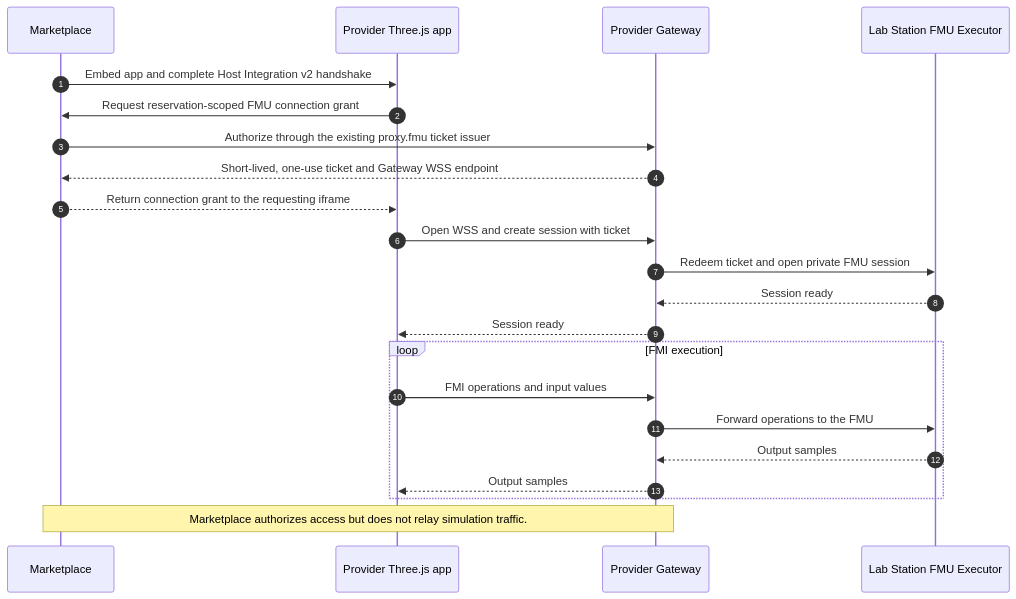
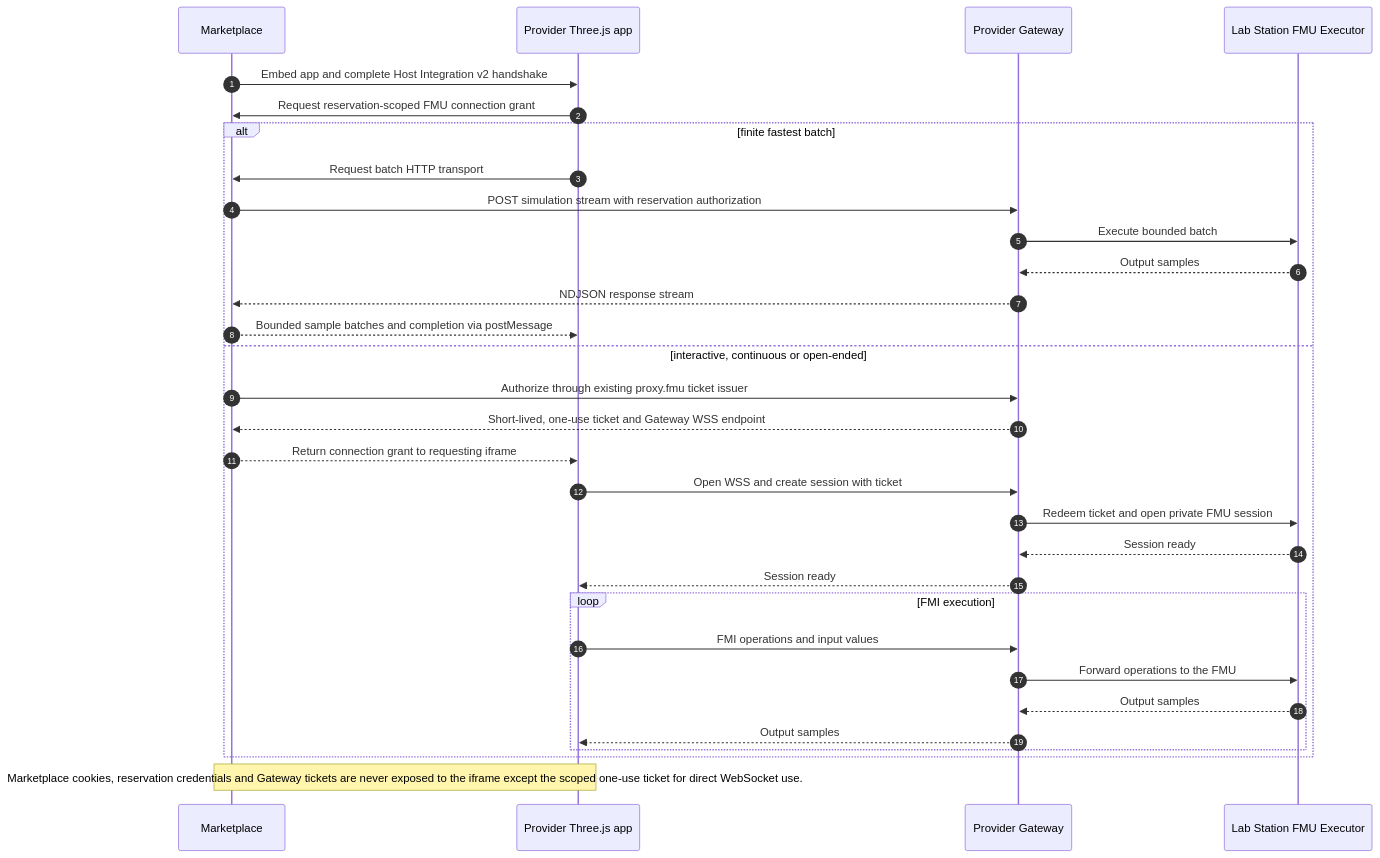
Before and after one commit to DecentraLabsCom/Marketplace: the second of 2 diagrams in docs/provider/digital-twin-threejs-app-contract.md, drawn with Mermaid. The commit also changed other lines of this file and 19 other files, not shown here.

Commit message:
Unify Three.js batch simulation streaming

````diff
--- a/docs/provider/digital-twin-threejs-app-contract.md
+++ b/docs/provider/digital-twin-threejs-app-contract.md
@@ -21,24 +27,33 @@
 ```mermaid
 sequenceDiagram
   autonumber
   participant M as Marketplace
   participant A as Provider Three.js app
   participant G as Provider Gateway
   participant S as Lab Station FMU Executor
   M->>A: Embed app and complete Host Integration v2 handshake
   A->>M: Request reservation-scoped FMU connection grant
-  M->>G: Authorize through the existing proxy.fmu ticket issuer
-  G-->>M: Short-lived, one-use ticket and Gateway WSS endpoint
-  M-->>A: Return connection grant to the requesting iframe
-  A->>G: Open WSS and create session with ticket
-  G->>S: Redeem ticket and open private FMU session
-  S-->>G: Session ready
-  G-->>A: Session ready
-  loop FMI execution
-    A->>G: FMI operations and input values
-    G->>S: Forward operations to the FMU
+  alt finite fastest batch
+    A->>M: Request batch HTTP transport
+    M->>G: POST simulation stream with reservation authorization
+    G->>S: Execute bounded batch
     S-->>G: Output samples
-    G-->>A: Output samples
+    G-->>M: NDJSON response stream
+    M-->>A: Bounded sample batches and completion via postMessage
+  else interactive, continuous or open-ended
+    M->>G: Authorize through existing proxy.fmu ticket issuer
+    G-->>M: Short-lived, one-use ticket and Gateway WSS endpoint
+    M-->>A: Return connection grant to requesting iframe
+    A->>G: Open WSS and create session with ticket
+    G->>S: Redeem ticket and open private FMU session
+    S-->>G: Session ready
+    G-->>A: Session ready
+    loop FMI execution
+      A->>G: FMI operations and input values
+      G->>S: Forward operations to the FMU
+      S-->>G: Output samples
+      G-->>A: Output samples
+    end
   end
-  Note over M,G: Marketplace authorizes access but does not relay simulation traffic.
+  Note over A,M: Marketplace cookies, reservation credentials and Gateway tickets are never exposed to the iframe except the scoped one-use ticket for direct WebSocket use.
 ```
````
